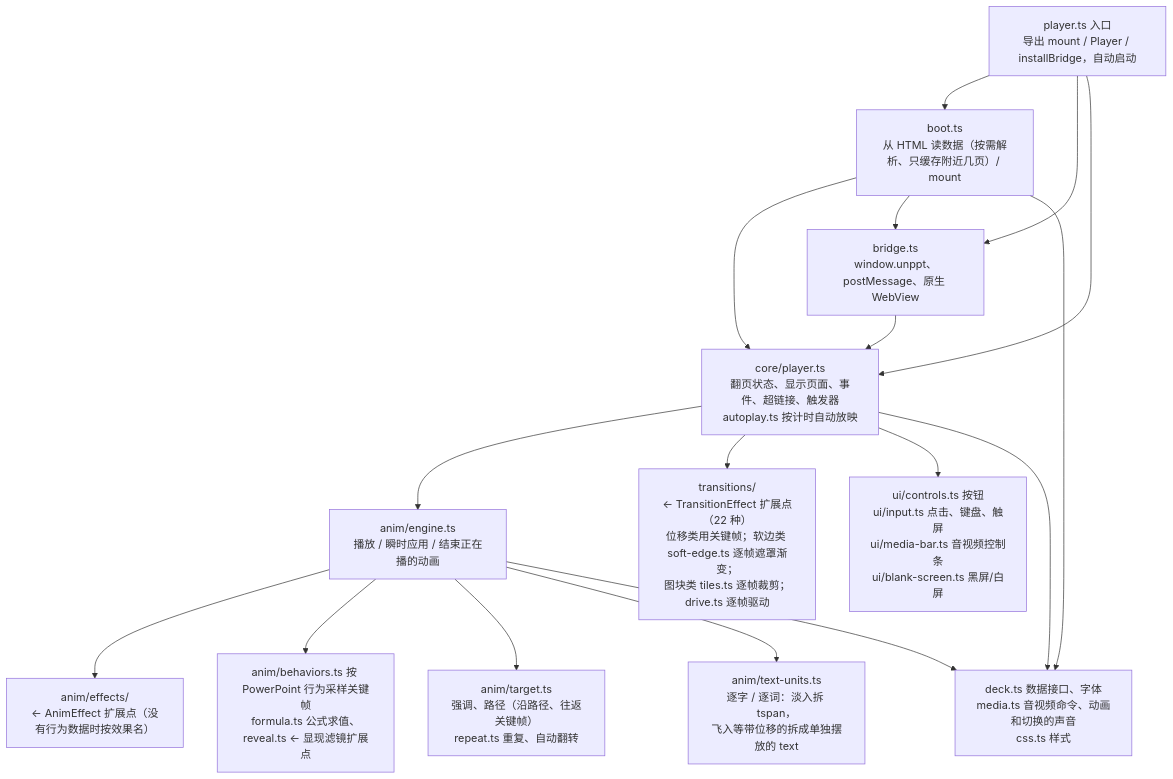
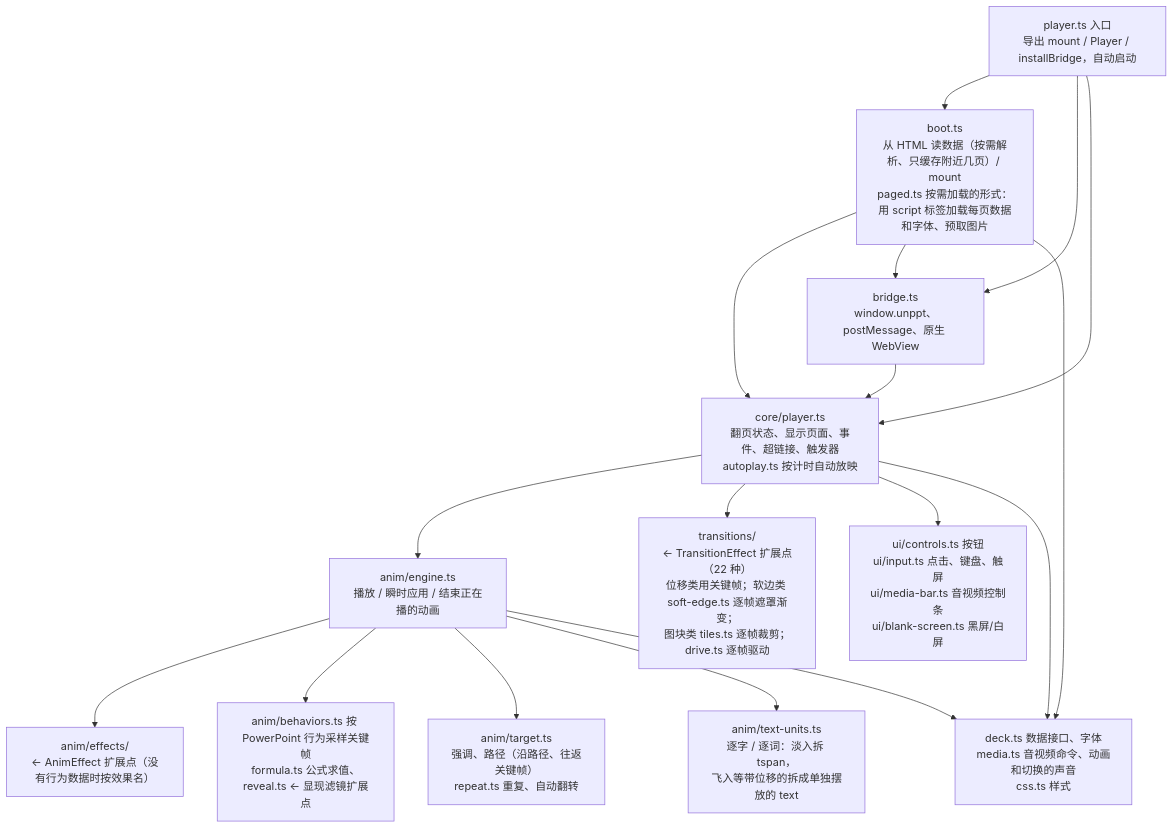
Before and after one commit to spitmaster/unppt: the third of 5 diagrams in docs/architecture.md, drawn with Mermaid. The commit also changed other lines of this file and 17 other files, not shown here.

First line of the commit message:
feat: 产物形式可选，新增按需加载（paged）和每页一个 HTML（pages）

````diff
--- a/docs/architecture.md
+++ b/docs/architecture.md
@@ -73,20 +73,20 @@
 ```mermaid
 flowchart TB
   entry["player.ts 入口<br/>导出 mount / Player / installBridge，自动启动"]
-  boot["boot.ts<br/>从 HTML 读数据（按需解析、只缓存附近几页）/ mount"]
+  boot["boot.ts<br/>从 HTML 读数据（按需解析、只缓存附近几页）/ mount<br/>paged.ts 按需加载的形式：用 script 标签加载每页数据和字体、预取图片"]
   bridge["bridge.ts<br/>window.unppt、postMessage、原生 WebView"]
   core["core/player.ts<br/>翻页状态、显示页面、事件、超链接、触发器<br/>autoplay.ts 按计时自动放映"]
   engine["anim/engine.ts<br/>播放 / 瞬时应用 / 结束正在播的动画"]
   effects["anim/effects/<br/>← AnimEffect 扩展点（没有行为数据时按效果名）"]
   behav["anim/behaviors.ts 按 PowerPoint 行为采样关键帧<br/>formula.ts 公式求值、reveal.ts ← 显现滤镜扩展点"]
   target["anim/target.ts<br/>强调、路径（沿路径、往返关键帧）<br/>repeat.ts 重复、自动翻转"]
   units["anim/text-units.ts<br/>逐字 / 逐词：淡入拆 tspan，<br/>飞入等带位移的拆成单独摆放的 text"]
   trans["transitions/<br/>← TransitionEffect 扩展点（22 种）<br/>位移类用关键帧；软边类 soft-edge.ts 逐帧遮罩渐变；<br/>图块类 tiles.ts 逐帧裁剪；drive.ts 逐帧驱动"]
   ui["ui/controls.ts 按钮<br/>ui/input.ts 点击、键盘、触屏<br/>ui/media-bar.ts 音视频控制条<br/>ui/blank-screen.ts 黑屏/白屏"]
   deck["deck.ts 数据接口、字体<br/>media.ts 音视频命令、动画和切换的声音<br/>css.ts 样式"]
   entry --> boot & bridge & core
   boot --> core & bridge & deck
   bridge --> core
   core --> engine & trans & ui & deck
   engine --> effects & behav & target & units & deck
 ```
````
